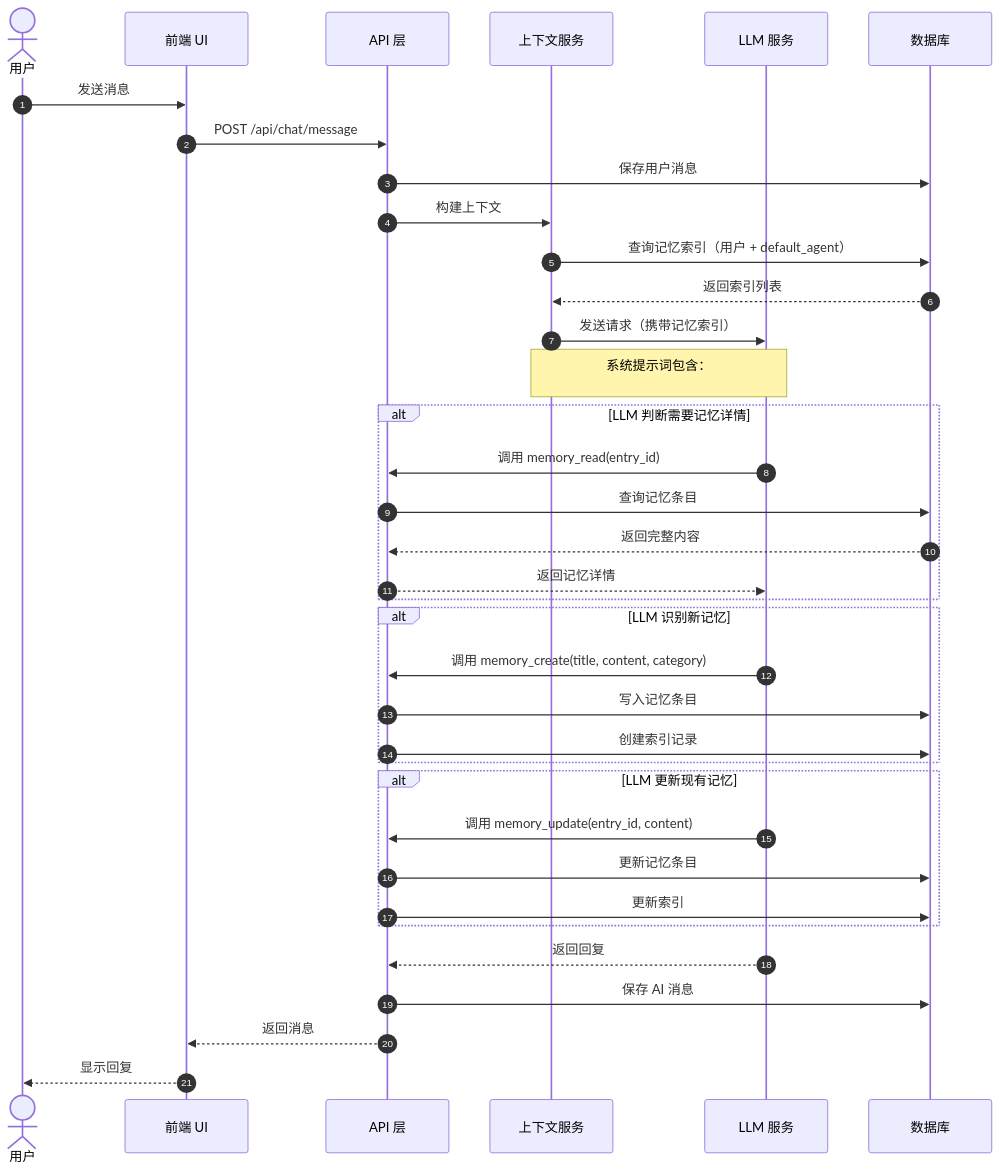
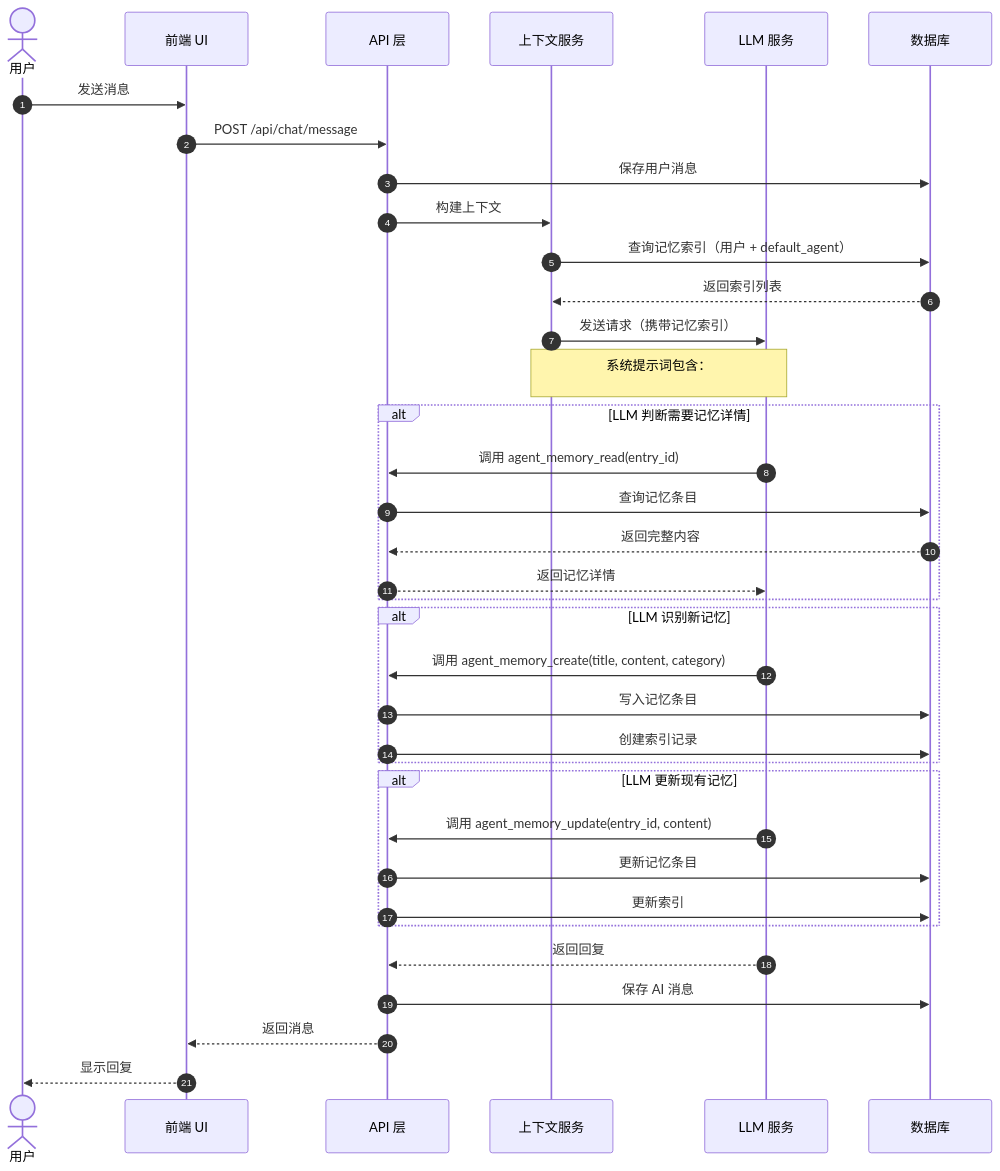
The sixth of 14 diagrams in bar/记忆设计方案.md (RudolphHuang/openclaw_doc), drawn with Mermaid before and after one commit. The commit also changed other lines of this file, not shown here.

````diff
--- a/bar/记忆设计方案.md
+++ b/bar/记忆设计方案.md
@@ -278,45 +278,45 @@
 ```mermaid
 sequenceDiagram
     autonumber
     actor User as 用户
     participant UI as 前端 UI
     participant API as API 层
     participant CS as 上下文服务
     participant LLM as LLM 服务
     participant DB as 数据库
 
     User->>UI: 发送消息
     UI->>API: POST /api/chat/message
     API->>DB: 保存用户消息
     
     API->>CS: 构建上下文
     CS->>DB: 查询记忆索引（用户 + default_agent）
     DB-->>CS: 返回索引列表
     
     CS->>LLM: 发送请求（携带记忆索引）
     Note over CS,LLM: 系统提示词包含：<br/>## 可用记忆<br/>1. 用户偏好 - 用户喜欢简洁回答<br/>2. 项目背景 - 正在开发认证模块<br/>...
     
     alt LLM 判断需要记忆详情
-        LLM->>API: 调用 memory_read(entry_id)
+        LLM->>API: 调用 agent_memory_read(entry_id)
         API->>DB: 查询记忆条目
         DB-->>API: 返回完整内容
         API-->>LLM: 返回记忆详情
     end
     
     alt LLM 识别新记忆
-        LLM->>API: 调用 memory_create(title, content, category)
+        LLM->>API: 调用 agent_memory_create(title, content, category)
         API->>DB: 写入记忆条目
         API->>DB: 创建索引记录
     end
     
     alt LLM 更新现有记忆
-        LLM->>API: 调用 memory_update(entry_id, content)
+        LLM->>API: 调用 agent_memory_update(entry_id, content)
         API->>DB: 更新记忆条目
         API->>DB: 更新索引
     end
     
     LLM-->>API: 返回回复
     API->>DB: 保存 AI 消息
     API-->>UI: 返回消息
     UI-->>User: 显示回复
 ```
````
